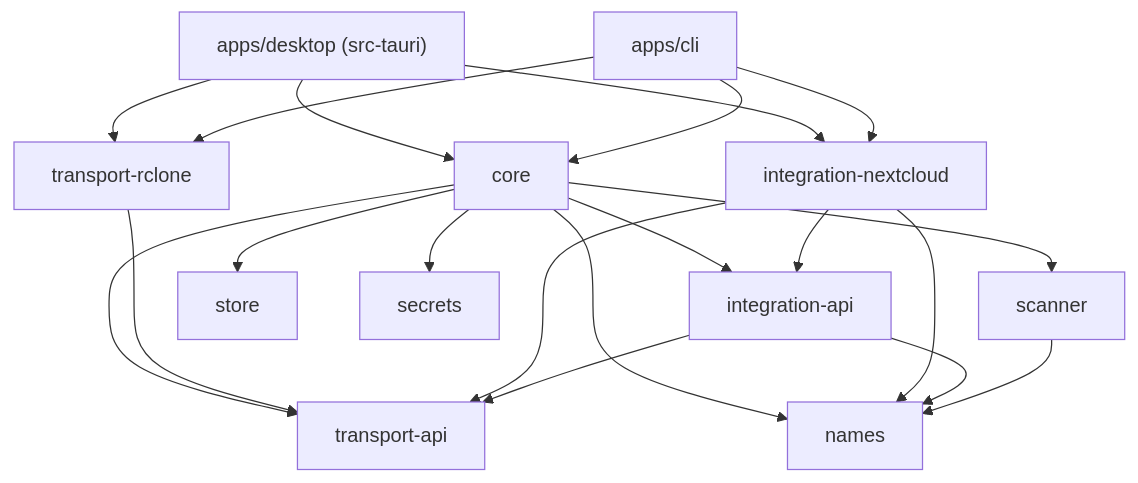
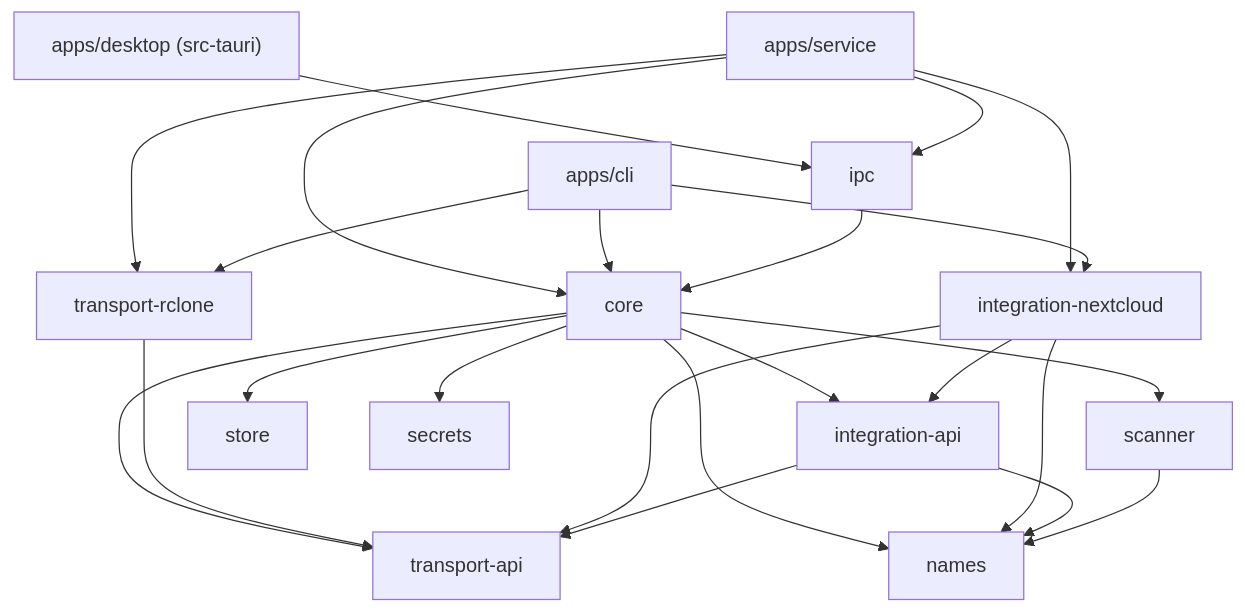
The diagram in docs/08-repository-structure.md (nevespvasco/filebridge), drawn with Mermaid before and after one commit. The commit also changed other lines of this file and 22 other files, not shown here.

First line of the commit message:
Phase 1 step 0: stub crates, shared deps, ADR 0008 (service IPC)

````diff
--- a/docs/08-repository-structure.md
+++ b/docs/08-repository-structure.md
@@ -32,22 +34,25 @@
 ```mermaid
 flowchart TB
-    desktop["apps/desktop (src-tauri)"] --> core
+    desktop["apps/desktop (src-tauri)"] --> ipc
+    service["apps/service"] --> ipc
+    service --> core
+    service --> trc["transport-rclone"]
+    service --> inc["integration-nextcloud"]
     cli["apps/cli"] --> core
-    desktop --> trc["transport-rclone"]
-    desktop --> inc["integration-nextcloud"]
     cli --> trc
     cli --> inc
+    ipc --> core
     core --> tapi["transport-api"]
     core --> iapi["integration-api"]
     core --> names
     core --> scanner
     core --> store
     core --> secrets
     trc --> tapi
     inc --> iapi
     inc --> tapi
     inc --> names
     iapi --> tapi
     iapi --> names
     scanner --> names
 ```
````
